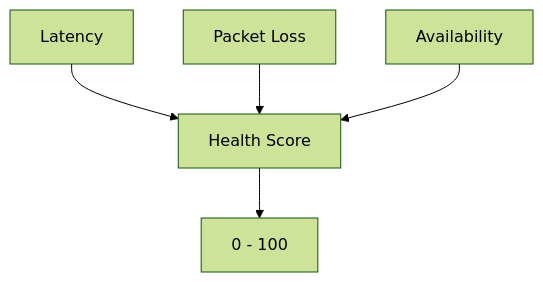
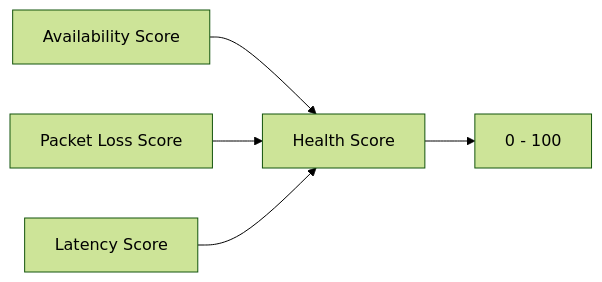
Before and after one commit to husseiny8/Network_Monitoring: the third of 4 diagrams in README.md, drawn with Mermaid (forest theme). The commit also changed other lines of this file, not shown here.

````diff
--- a/README.md
+++ b/README.md
@@ -388,7 +447,7 @@
 ```mermaid
-flowchart TD
-    A[Latency] --> D[Health Score]
-    B[Packet Loss] --> D
-    C[Availability] --> D
+flowchart LR
+    A[Availability Score] --> D[Health Score]
+    B[Packet Loss Score] --> D
+    C[Latency Score] --> D
     D --> E[0 - 100]
 ```
````
